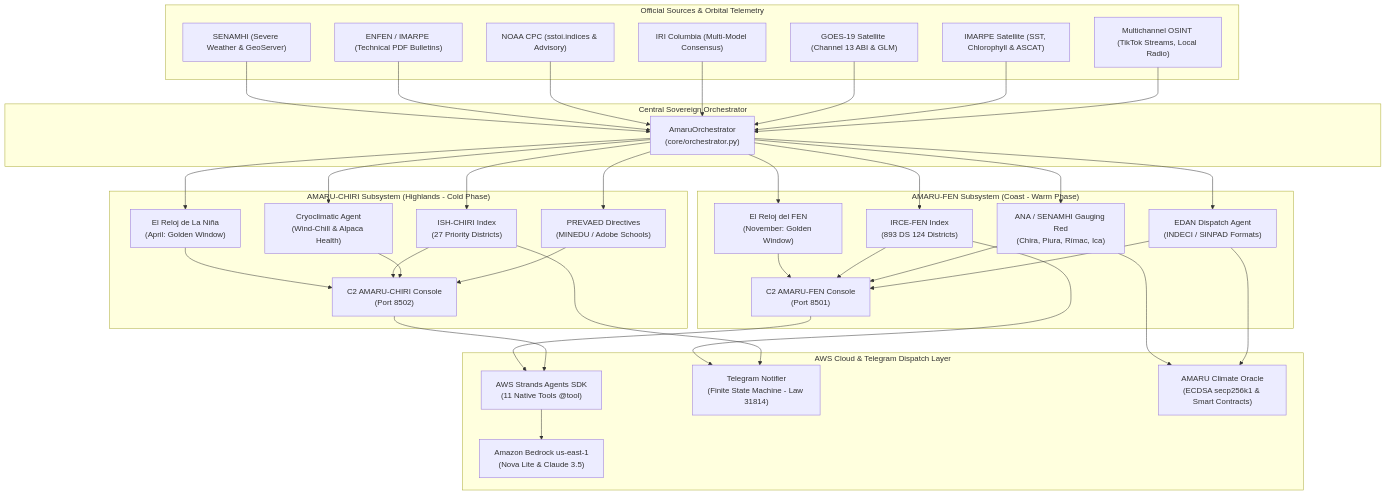
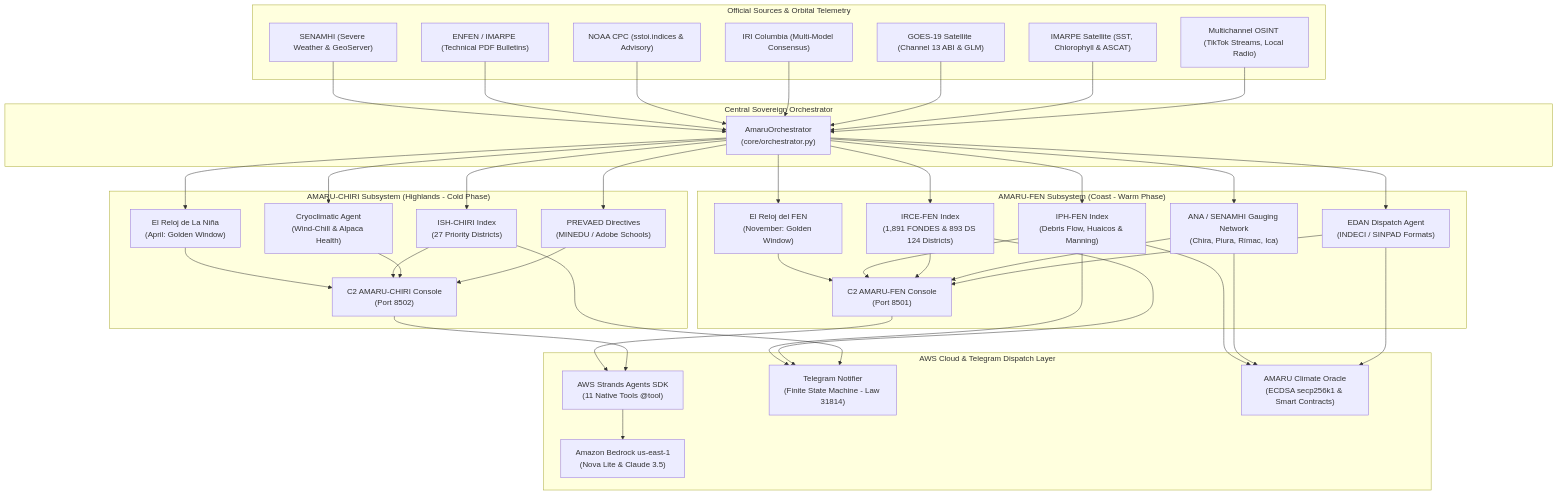
One commit to carlosmba12Peru/amaru-climate changed the diagram in README.md. Above: the diagram before and after it, drawn with Mermaid. The commit also changed 1 other file, not shown here.

Commit message:
docs(architecture): add IPH-FEN (debris flows & Manning) to dual C2 architecture mermaid diagram

````diff
--- a/README.md
+++ b/README.md
@@ -70,77 +70,82 @@
 ```mermaid
 graph TD
     subgraph FUENTES ["Official Sources & Orbital Telemetry"]
         F1["SENAMHI (Severe Weather & GeoServer)"]
         F2["ENFEN / IMARPE (Technical PDF Bulletins)"]
         F3["NOAA CPC (sstoi.indices & Advisory)"]
         F4["IRI Columbia (Multi-Model Consensus)"]
         F5["GOES-19 Satellite (Channel 13 ABI & GLM)"]
         F6["IMARPE Satellite (SST, Chlorophyll & ASCAT)"]
         F7["Multichannel OSINT (TikTok Streams, Local Radio)"]
     end
 
     subgraph ORQUESTACION ["Central Sovereign Orchestrator"]
         ORQ["AmaruOrchestrator<br/>(core/orchestrator.py)"]
     end
 
     subgraph FEN_SUB ["AMARU-FEN Subsystem (Coast - Warm Phase)"]
         RELOJ_FEN["El Reloj del FEN<br/>(November: Golden Window)"]
-        IRCE["IRCE-FEN Index<br/>(893 DS 124 Districts)"]
-        AFA["ANA / SENAMHI Gauging Red<br/>(Chira, Piura, Rímac, Ica)"]
+        IPH["IPH-FEN Index<br/>(Debris Flow, Huaicos & Manning)"]
+        IRCE["IRCE-FEN Index<br/>(1,891 FONDES & 893 DS 124 Districts)"]
+        AFA["ANA / SENAMHI Gauging Network<br/>(Chira, Piura, Rímac, Ica)"]
         EDAN["EDAN Dispatch Agent<br/>(INDECI / SINPAD Formats)"]
         C2_FEN["C2 AMARU-FEN Console<br/>(Port 8501)"]
     end
 
     subgraph CHIRI_SUB ["AMARU-CHIRI Subsystem (Highlands - Cold Phase)"]
         RELOJ_NINA["El Reloj de La Niña<br/>(April: Golden Window)"]
         ISH["ISH-CHIRI Index<br/>(27 Priority Districts)"]
         CRIO["Cryoclimatic Agent<br/>(Wind-Chill & Alpaca Health)"]
         PREVAED["PREVAED Directives<br/>(MINEDU / Adobe Schools)"]
         C2_CHIRI["C2 AMARU-CHIRI Console<br/>(Port 8502)"]
     end
 
     subgraph AWS_SUB ["AWS Cloud & Telegram Dispatch Layer"]
         BEDROCK["Amazon Bedrock us-east-1<br/>(Nova Lite & Claude 3.5)"]
         STRANDS["AWS Strands Agents SDK<br/>(11 Native Tools @tool)"]
         TG["Telegram Notifier<br/>(Finite State Machine - Law 31814)"]
         WEB3["AMARU Climate Oracle<br/>(ECDSA secp256k1 & Smart Contracts)"]
     end
 
     F1 --> ORQ
     F2 --> ORQ
     F3 --> ORQ
     F4 --> ORQ
     F5 --> ORQ
     F6 --> ORQ
     F7 --> ORQ
 
     ORQ --> RELOJ_FEN
+    ORQ --> IPH
     ORQ --> IRCE
     ORQ --> AFA
     ORQ --> EDAN
 
     RELOJ_FEN --> C2_FEN
+    IPH --> C2_FEN
     IRCE --> C2_FEN
     AFA --> C2_FEN
     EDAN --> C2_FEN
 
     ORQ --> RELOJ_NINA
     ORQ --> ISH
     ORQ --> CRIO
     ORQ --> PREVAED
 
     RELOJ_NINA --> C2_CHIRI
     ISH --> C2_CHIRI
     CRIO --> C2_CHIRI
     PREVAED --> C2_CHIRI
 
     C2_FEN --> STRANDS
     C2_CHIRI --> STRANDS
     STRANDS --> BEDROCK
 
+    IPH --> TG
     IRCE --> TG
     ISH --> TG
 
+    IPH --> WEB3
     AFA --> WEB3
     EDAN --> WEB3
 ```
````
